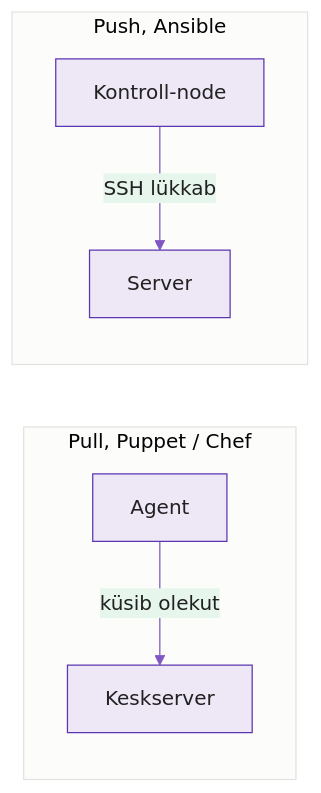
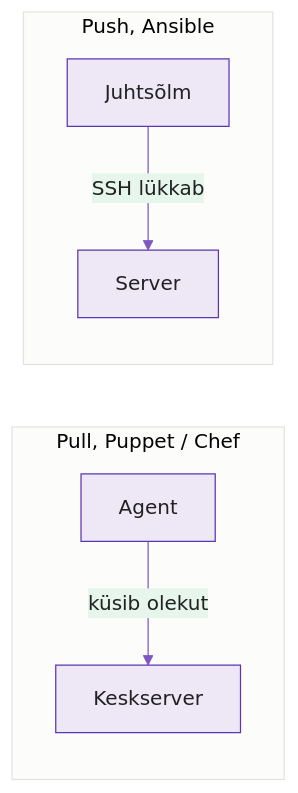
The first of 5 diagrams in docs/week03/lecture.md (hkhk-automation/devops), drawn with Mermaid before and after one commit. The commit also changed other lines of this file and 1 other file, not shown here.

Commit message:
N3: tööharu tehakse praktikumi alguses, localhost-kõrvaltee välja, creates ja changed=5 küsimus täpsemaks; loengus näited ansible.builtin.package ja ansible_facts kujul, juhtsõlm ja rühm, täpsemad väited (agent, state, check mode, host_key_checking)

````diff
--- a/docs/week03/lecture.md
+++ b/docs/week03/lecture.md
@@ -66,10 +66,10 @@
 ```mermaid
 %%{init: {'theme':'base','themeVariables':{'primaryColor':'#ede7f6','primaryBorderColor':'#5e35b1','primaryTextColor':'#212121','lineColor':'#7e57c2'}}}%%
 graph LR
     subgraph Pull [Pull, Puppet / Chef]
         A1[Agent] -->|küsib olekut| M1[Keskserver]
     end
     subgraph Push [Push, Ansible]
-        C1[Kontroll-node] -->|SSH lükkab| S1[Server]
+        C1[Juhtsõlm] -->|SSH lükkab| S1[Server]
     end
 ```
````
